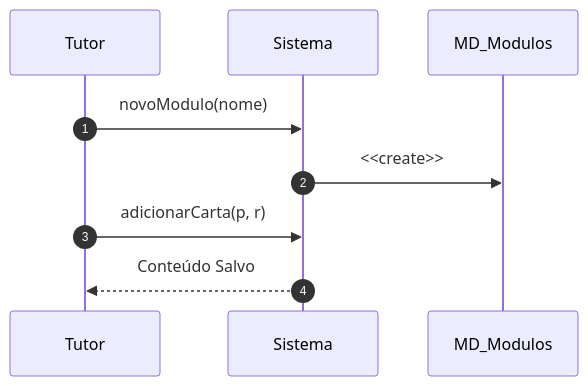
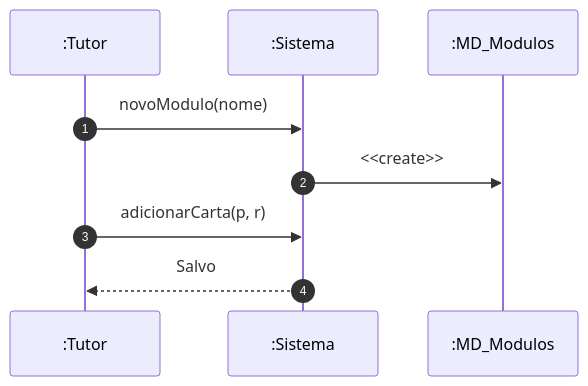
Before and after one commit to MayconDIS/PIM_III-Documentacao_UML: the second of 2 diagrams in PIM_III/02_Modelagem_UML_Astah/UC05_Gerenciar_Conteudo_Cartas/README.md, drawn with Mermaid. The commit also changed other lines of this file and 17 other files, not shown here.

````diff
--- a/PIM_III/02_Modelagem_UML_Astah/UC05_Gerenciar_Conteudo_Cartas/README.md
+++ b/PIM_III/02_Modelagem_UML_Astah/UC05_Gerenciar_Conteudo_Cartas/README.md
@@ -43,11 +42,11 @@
 ```mermaid
 sequenceDiagram
     autonumber
-    participant T as Tutor
-    participant S as Sistema
-    participant M as MD_Modulos
+    participant T as :Tutor
+    participant S as :Sistema
+    participant M as :MD_Modulos
     T->>S: novoModulo(nome)
     S->>M: <<create>>
     T->>S: adicionarCarta(p, r)
-    S-->>T: Conteúdo Salvo
+    S-->>T: Salvo
 ```
````
